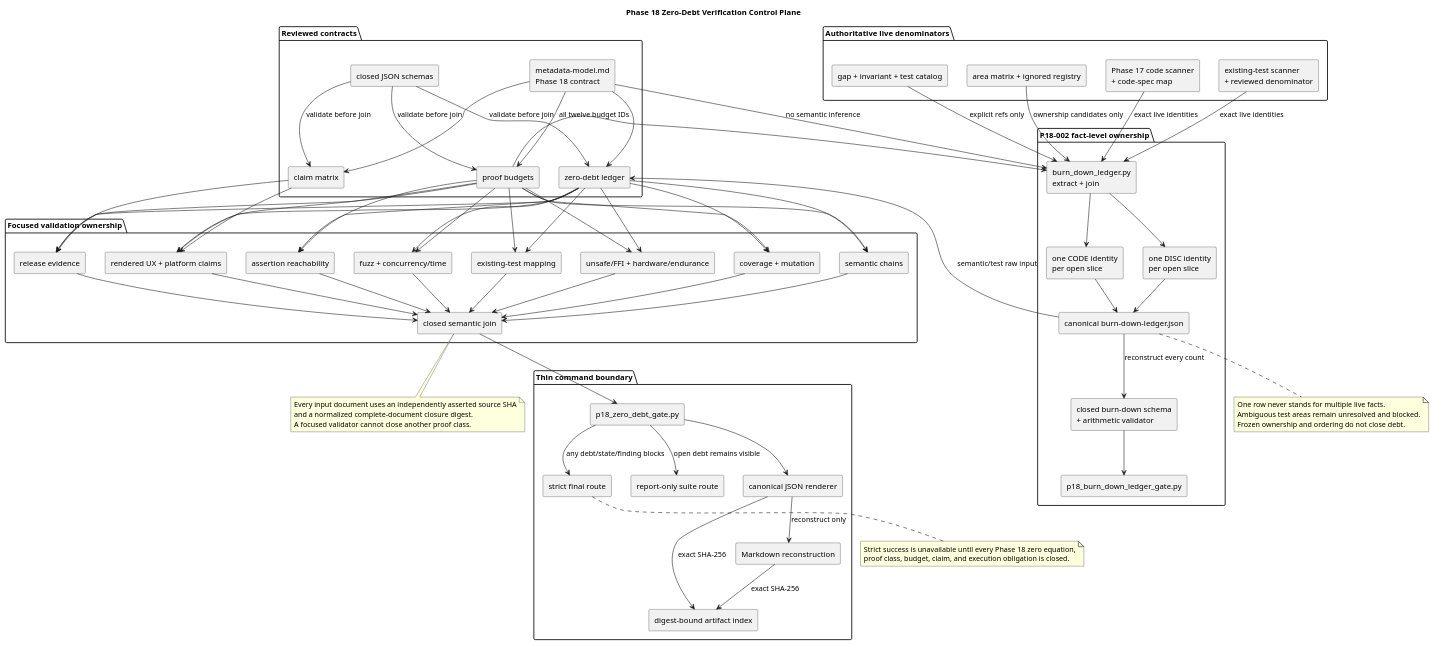
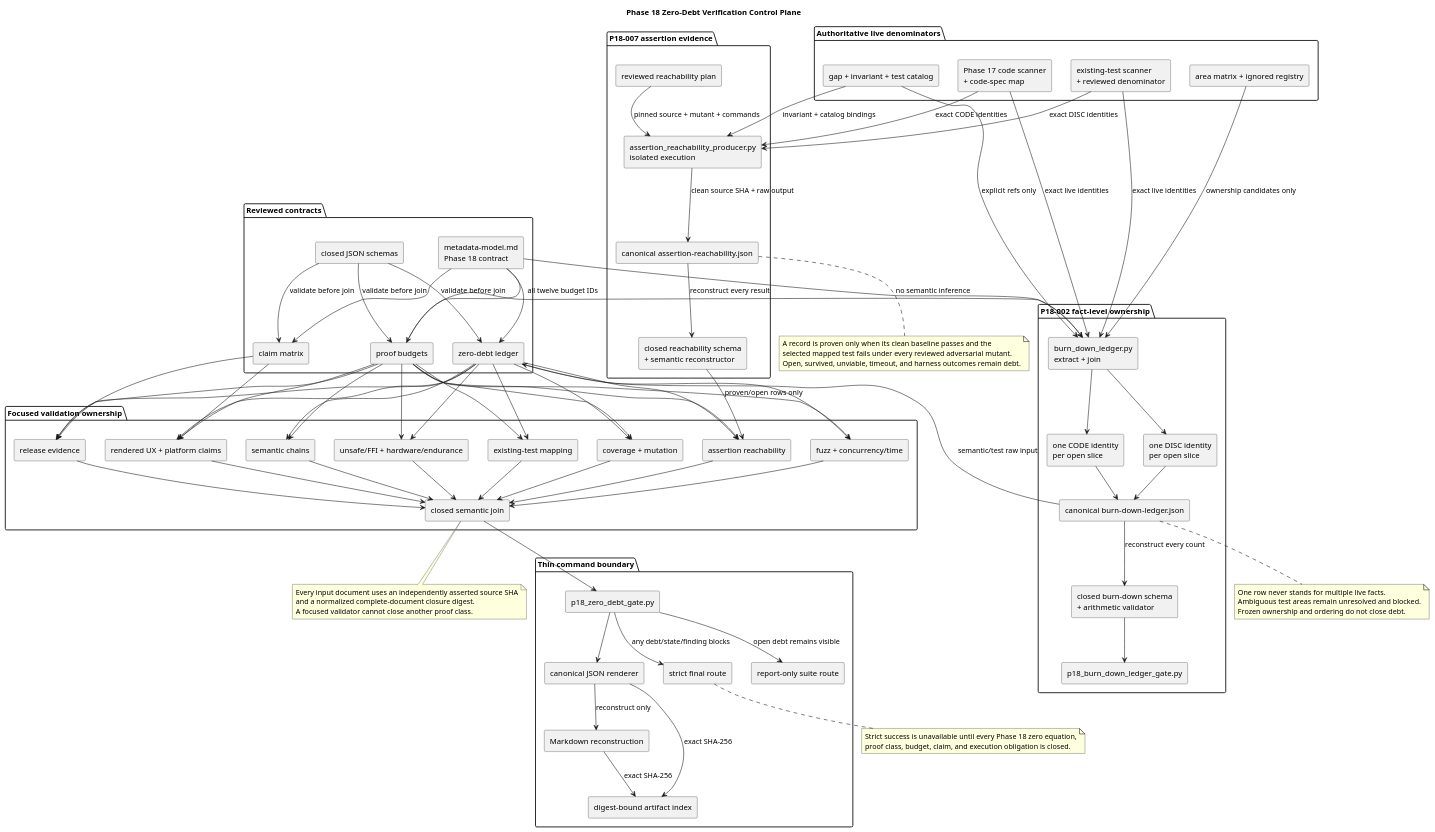
One commit to johannesPettersson80/trust-platform changed the diagram in docs/diagrams/architecture/verification-p18-zero-debt.puml. Above: the diagram before and after it, drawn with PlantUML. The commit also changed 25 other files, not shown here.

Commit message:
Add P18 assertion reachability substrate

```diff
--- a/docs/diagrams/architecture/verification-p18-zero-debt.puml
+++ b/docs/diagrams/architecture/verification-p18-zero-debt.puml
@@ -1,125 +1,146 @@
 @startuml
 title Phase 18 Zero-Debt Verification Control Plane
 
 skinparam componentStyle rectangle
 skinparam shadowing false
 
 package "Reviewed contracts" {
   [metadata-model.md\nPhase 18 contract] as Spec
   [zero-debt ledger] as Ledger
   [proof budgets] as Budgets
   [claim matrix] as Claims
   [closed JSON schemas] as Schemas
 }
 
 package "Authoritative live denominators" {
   [Phase 17 code scanner\n+ code-spec map] as CodeFacts
   [existing-test scanner\n+ reviewed denominator] as TestFacts
   [gap + invariant + test catalog] as Metadata
   [area matrix + ignored registry] as Routing
 }
 
 package "P18-002 fact-level ownership" {
   [burn_down_ledger.py\nextract + join] as BurnProducer
   [closed burn-down schema\n+ arithmetic validator] as BurnValidator
   [one CODE identity\nper open slice] as CodeSlices
   [one DISC identity\nper open slice] as TestSlices
   [canonical burn-down-ledger.json] as BurnArtifact
   [p18_burn_down_ledger_gate.py] as BurnCLI
+}
+
+package "P18-007 assertion evidence" {
+  [reviewed reachability plan] as ReachPlan
+  [assertion_reachability_producer.py\nisolated execution] as ReachProducer
+  [canonical assertion-reachability.json] as ReachArtifact
+  [closed reachability schema\n+ semantic reconstructor] as ReachValidator
 }
 
 package "Focused validation ownership" {
   [semantic chains] as Semantic
   [existing-test mapping] as TestMapping
   [assertion reachability] as Reachability
   [coverage + mutation] as Adequacy
   [fuzz + concurrency/time] as Dynamic
   [unsafe/FFI + hardware/endurance] as Native
   [rendered UX + platform claims] as Environment
   [release evidence] as Release
   [closed semantic join] as Join
 }
 
 package "Thin command boundary" {
   [p18_zero_debt_gate.py] as CLI
   [canonical JSON renderer] as Json
   [Markdown reconstruction] as Markdown
   [digest-bound artifact index] as Index
   [report-only suite route] as ReportRoute
   [strict final route] as StrictRoute
 }
 
 Spec --> Ledger
 Spec --> Budgets
 Spec --> Claims
 Schemas --> Ledger : validate before join
 Schemas --> Budgets : validate before join
 Schemas --> Claims : validate before join
 
 CodeFacts --> BurnProducer : exact live identities
 TestFacts --> BurnProducer : exact live identities
 Metadata --> BurnProducer : explicit refs only
 Routing --> BurnProducer : ownership candidates only
 Budgets --> BurnProducer : all twelve budget IDs
 Spec --> BurnProducer : no semantic inference
 BurnProducer --> CodeSlices
 BurnProducer --> TestSlices
 CodeSlices --> BurnArtifact
 TestSlices --> BurnArtifact
 BurnArtifact --> BurnValidator : reconstruct every count
 BurnValidator --> BurnCLI
 BurnArtifact --> Ledger : semantic/test raw input
+
+CodeFacts --> ReachProducer : exact CODE identities
+TestFacts --> ReachProducer : exact DISC identities
+Metadata --> ReachProducer : invariant + catalog bindings
+ReachPlan --> ReachProducer : pinned source + mutant + commands
+ReachProducer --> ReachArtifact : clean source SHA + raw output
+ReachArtifact --> ReachValidator : reconstruct every result
+ReachValidator --> Reachability : proven/open rows only
 
 Ledger --> Semantic
 Ledger --> TestMapping
 Ledger --> Reachability
 Ledger --> Adequacy
 Ledger --> Dynamic
 Ledger --> Native
 Ledger --> Environment
 Ledger --> Release
 Budgets --> Semantic
 Budgets --> TestMapping
 Budgets --> Reachability
 Budgets --> Adequacy
 Budgets --> Dynamic
 Budgets --> Native
 Budgets --> Environment
 Budgets --> Release
 Claims --> Environment
 Claims --> Release
 
 Semantic --> Join
 TestMapping --> Join
 Reachability --> Join
 Adequacy --> Join
 Dynamic --> Join
 Native --> Join
 Environment --> Join
 Release --> Join
 Join --> CLI
 CLI --> Json
 Json --> Markdown : reconstruct only
 Json --> Index : exact SHA-256
 Markdown --> Index : exact SHA-256
 CLI --> ReportRoute : open debt remains visible
 CLI --> StrictRoute : any debt/state/finding blocks
 
 note bottom of Join
   Every input document uses an independently asserted source SHA
   and a normalized complete-document closure digest.
   A focused validator cannot close another proof class.
 end note
 
 note bottom of BurnArtifact
   One row never stands for multiple live facts.
   Ambiguous test areas remain unresolved and blocked.
   Frozen ownership and ordering do not close debt.
 end note
 
+note bottom of ReachArtifact
+  A record is proven only when its clean baseline passes and the
+  selected mapped test fails under every reviewed adversarial mutant.
+  Open, survived, unviable, timeout, and harness outcomes remain debt.
+end note
+
 note bottom of StrictRoute
   Strict success is unavailable until every Phase 18 zero equation,
   proof class, budget, claim, and execution obligation is closed.
 end note
 
 @enduml
```
